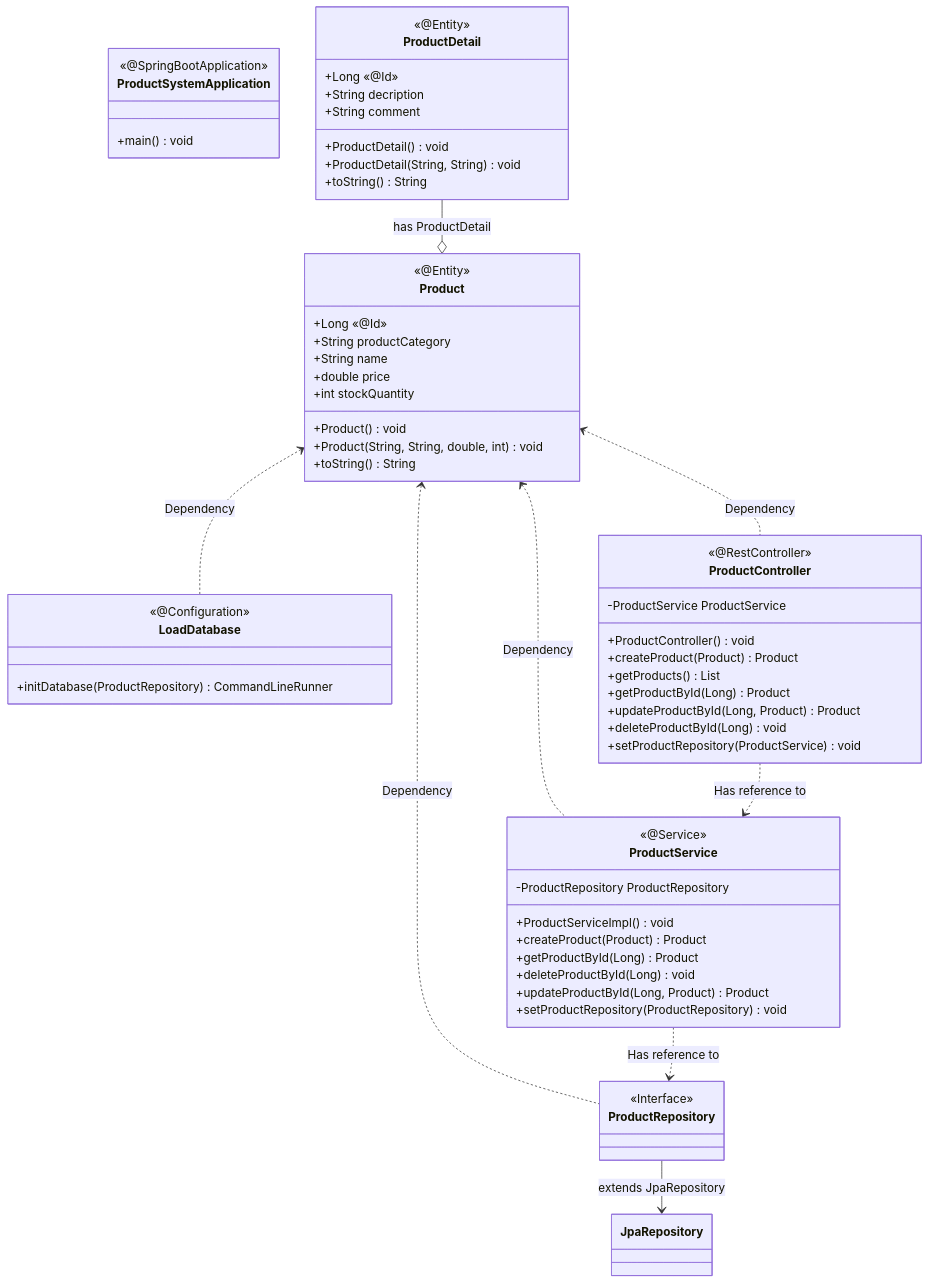
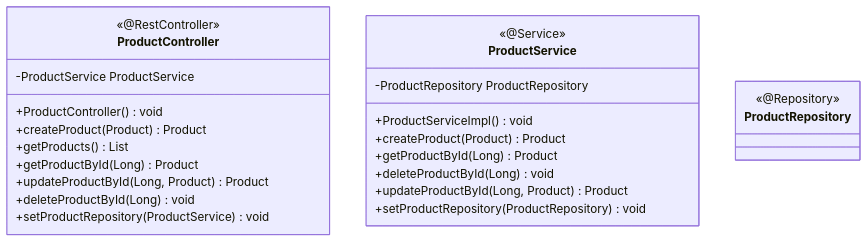
One commit to pauls0/uow-csci318-groupproject changed the seventh of 9 diagrams in README.md. Above: the diagram before and after it, drawn with Mermaid. The commit also changed other lines of this file, not shown here.

Commit message:
docs: java classes diagram

````diff
--- a/README.md
+++ b/README.md
@@ -747,63 +741,27 @@
 ```mermaid
 classDiagram
-    class ProductSystemApplication{
-        <<@SpringBootApplication>>
-        +main() void
-    }
-    class LoadDatabase{
-        <<@Configuration>>
-        +initDatabase(ProductRepository) CommandLineRunner
-    }
-    class Product{
-        <<@Entity>>
-        +Long «@Id»
-        +String productCategory
-        +String name
-        +double price
-        +int stockQuantity
-        +Product() void
-        +Product(String, String, double, int) void
-        +toString() String
-    }
-    class ProductDetail{
-        <<@Entity>>
-        +Long «@Id»
-        +String decription
-        +String comment
-        +ProductDetail() void
-        +ProductDetail(String, String) void
-        +toString() String
-    }
-    class ProductController{
-        <<@RestController>>
-        -ProductService ProductService
-        +ProductController() void
-        +createProduct(Product) Product
-        +getProducts() List<Product>
-        +getProductById(Long) Product
-        +updateProductById(Long, Product) Product
-        +deleteProductById(Long) void
-        +setProductRepository(ProductService) void
-    }
-    class ProductService{
-        <<@Service>>
-        -ProductRepository ProductRepository
-        +ProductServiceImpl( ) void
-        +createProduct( Product ) Product
-        +getProductById( Long ) Product
-        +deleteProductById( Long ) void
-        +updateProductById( Long, Product ) Product
-        +setProductRepository( ProductRepository ) void
-    }
-    class ProductRepository{
-        <<Interface>>
-    }
-    ProductRepository --> JpaRepository : extends JpaRepository<Product, Long>
-    Product <.. LoadDatabase  : Dependency
-    Product <.. ProductRepository : Dependency
-    Product <.. ProductService : Dependency
-    Product <.. ProductController  : Dependency
-    ProductController ..> ProductService : Has reference to
-    ProductService ..> ProductRepository : Has reference to
-    ProductDetail --o Product : has ProductDetail
+  class ProductController{
+    <<@RestController>>
+    -ProductService ProductService
+    +ProductController() void
+    +createProduct(Product) Product
+    +getProducts() List<Product>
+    +getProductById(Long) Product
+    +updateProductById(Long, Product) Product
+    +deleteProductById(Long) void
+    +setProductRepository(ProductService) void
+  }
+  class ProductService{
+    <<@Service>>
+    -ProductRepository ProductRepository
+    +ProductServiceImpl( ) void
+    +createProduct( Product ) Product
+    +getProductById( Long ) Product
+    +deleteProductById( Long ) void
+    +updateProductById( Long, Product ) Product
+    +setProductRepository( ProductRepository ) void
+  }
+  class ProductRepository{
+    <<@Repository>>
+  }
 ```
````
